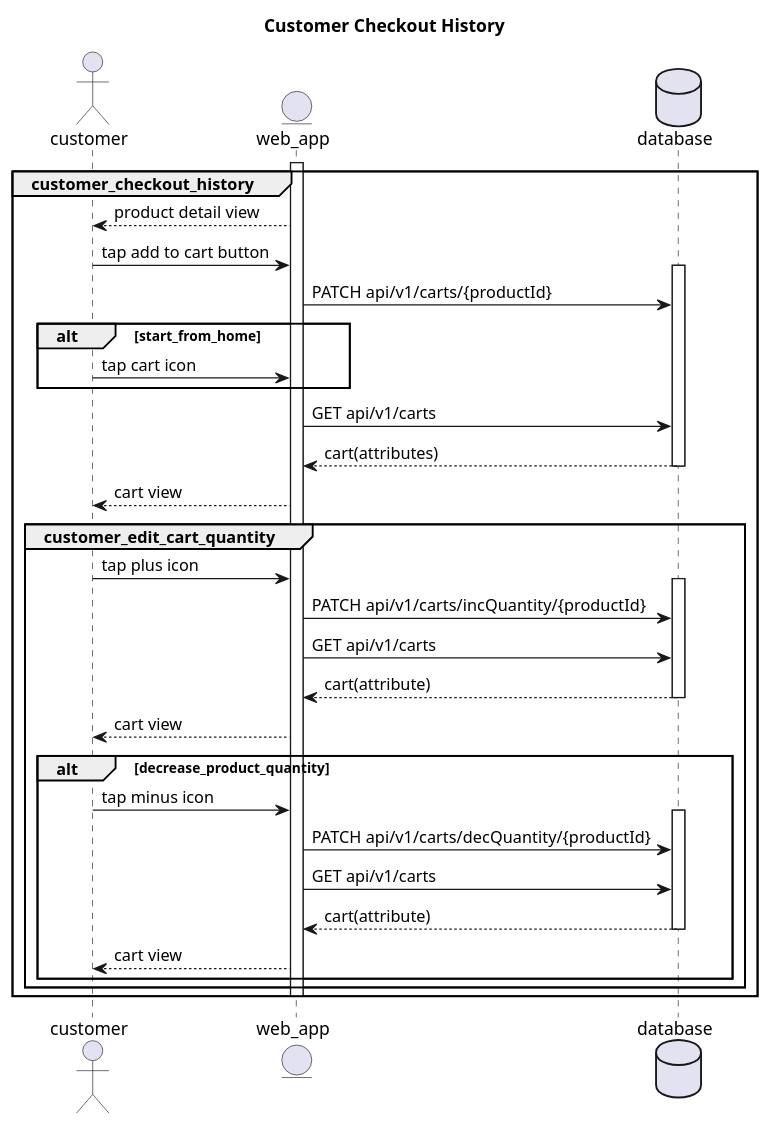
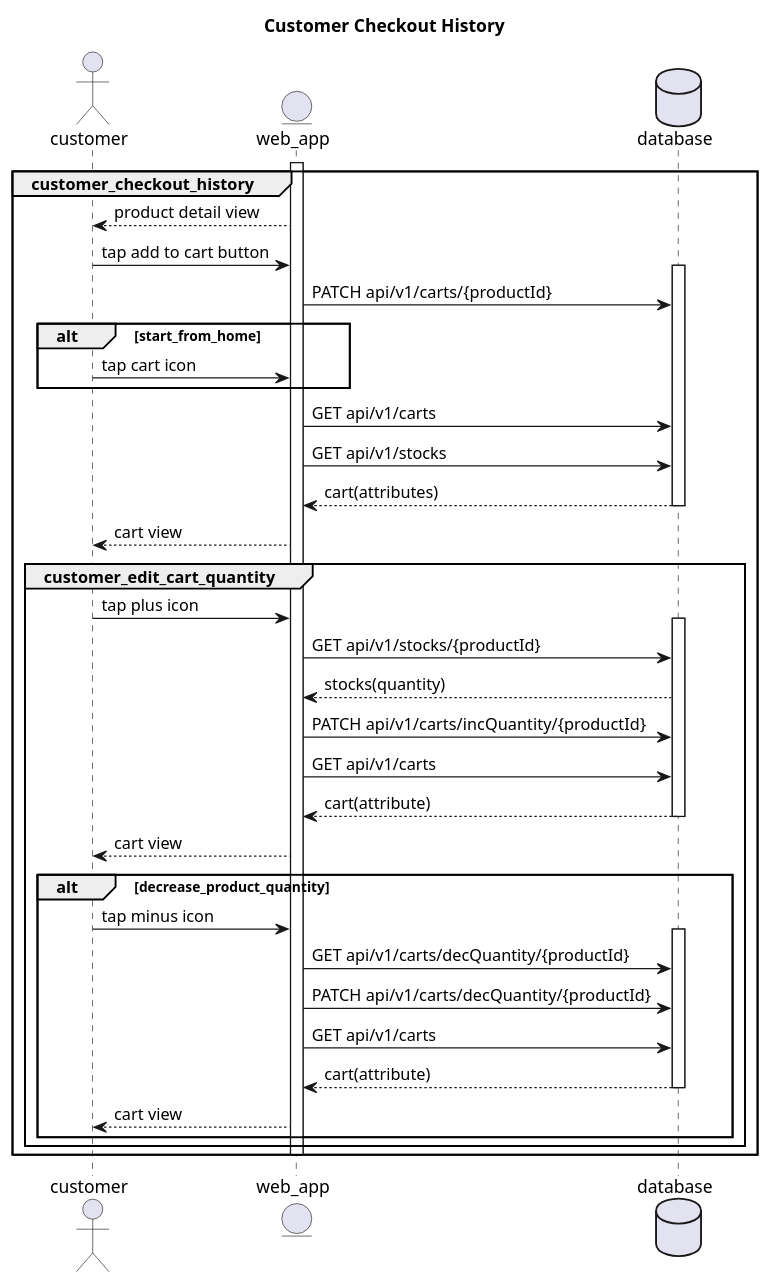
Before and after one commit to VeironVaya/oop_tugasbesar_kelompok1: the diagram in documentation/sequence_diagram/customer_crud_cart.md, drawn with PlantUML. The commit also changed 3 other files, not shown here.

Commit message:
api_prdList,api_prdDetail v1 and seqDiagram_favorite v2

````diff
--- a/documentation/sequence_diagram/customer_crud_cart.md
+++ b/documentation/sequence_diagram/customer_crud_cart.md
@@ -3,44 +3,48 @@
 ```plantuml
 @startuml
 title Customer Checkout History
 Actor customer
 Entity web_app
 Database database
 
 group customer_checkout_history
 activate web_app
     web_app --> customer:product detail view
     customer -> web_app:tap add to cart button
 
     activate database
         web_app -> database:PATCH api/v1/carts/{productId}
         alt start_from_home
             customer -> web_app:tap cart icon
         end alt
         web_app -> database:GET api/v1/carts
+        web_app -> database:GET api/v1/stocks
         database --> web_app: cart(attributes)
     deactivate database
     web_app --> customer:cart view
     group customer_edit_cart_quantity
         customer -> web_app:tap plus icon
         activate database
+            web_app -> database:GET api/v1/stocks/{productId}
+            database --> web_app:stocks(quantity)
             web_app -> database:PATCH api/v1/carts/incQuantity/{productId}
             web_app -> database:GET api/v1/carts
             database --> web_app:cart(attribute)
         deactivate database
         web_app --> customer:cart view
         alt decrease_product_quantity
             customer -> web_app:tap minus icon
         activate database
+            web_app -> database:GET api/v1/carts/decQuantity/{productId}
             web_app -> database:PATCH api/v1/carts/decQuantity/{productId}
             web_app -> database:GET api/v1/carts
             database --> web_app:cart(attribute)
         deactivate database
         web_app --> customer:cart view
         end alt
     end group
 deactivate web_app
 
 end group
 @enduml
 ```
````
